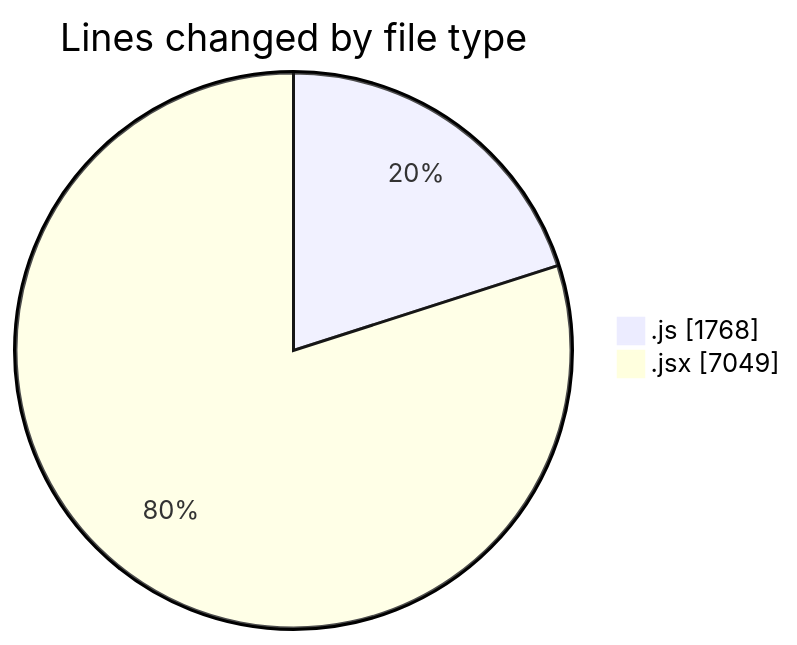
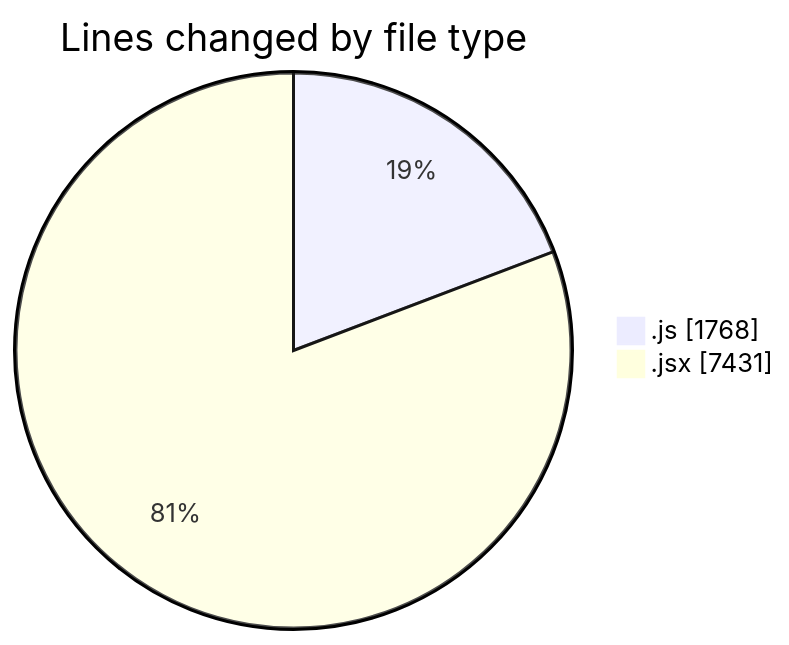
One commit to nxtqubesakshisongat/code-tracking changed the first of 2 diagrams in 2025-08-05/nxtqube_webapp/README.md. Above: the diagram before and after it, drawn with Mermaid. The commit also changed other lines of this file and 1 other file, not shown here.

````diff
--- a/2025-08-05/nxtqube_webapp/README.md
+++ b/2025-08-05/nxtqube_webapp/README.md
@@ -39,6 +39,6 @@
 ```mermaid
 pie showData
 title Lines changed by file type
 ".js" : 1768
-".jsx" : 7049
+".jsx" : 7431
 ```
````
